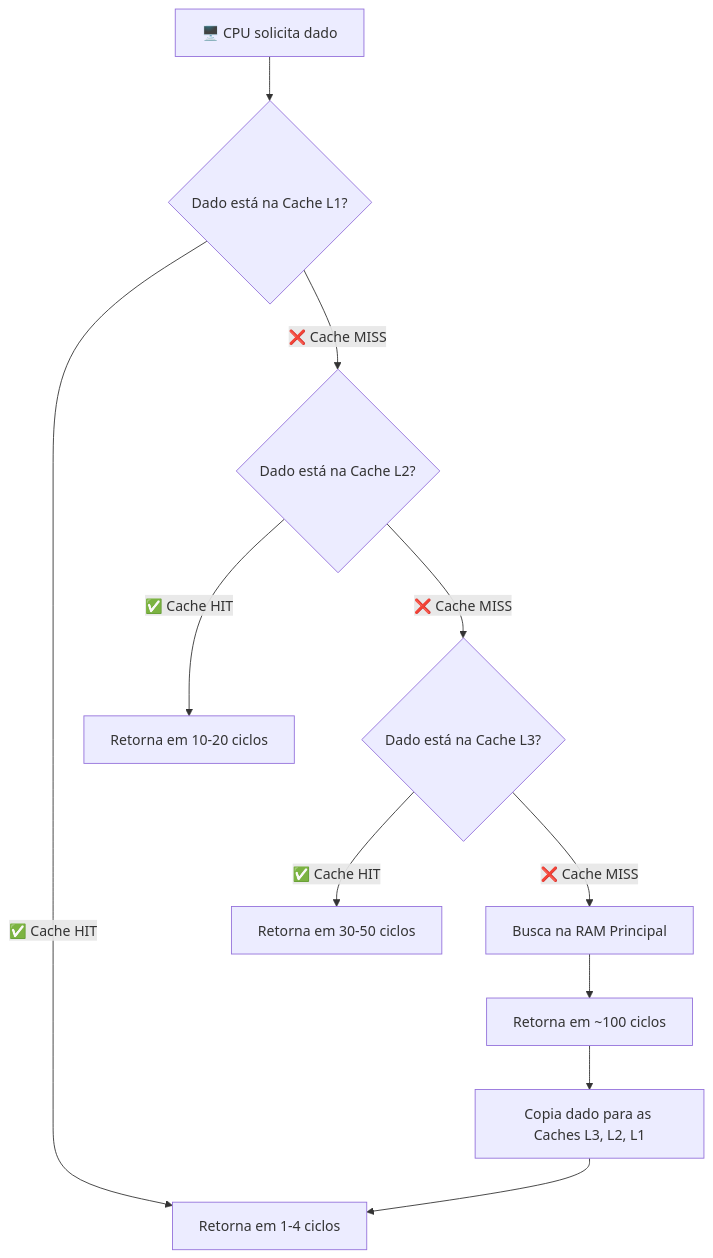
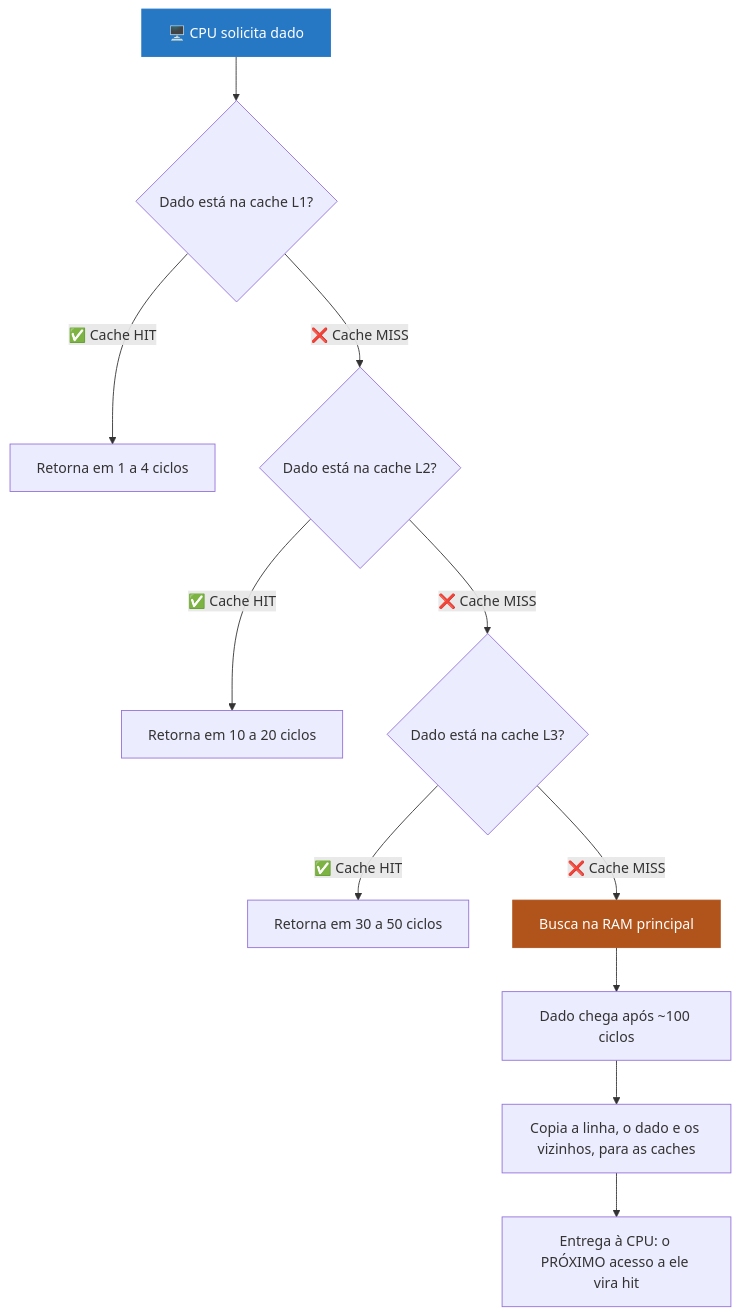
The first of 2 diagrams in content/Aula 06 - Hierarquia de Memoria e Memoria Virtual.md (rofilho/arquitetura), drawn with Mermaid before and after one commit. The commit also changed other lines of this file and 4 other files, not shown here.

````diff
--- a/content/Aula 06 - Hierarquia de Memoria e Memoria Virtual.md
+++ b/content/Aula 06 - Hierarquia de Memoria e Memoria Virtual.md
@@ -110,13 +334,15 @@
 ```mermaid
 flowchart TD
-    A[🖥️ CPU solicita dado] --> B{Dado está na Cache L1?}
-    B -- ✅ Cache HIT --> C[Retorna em 1-4 ciclos]
-    B -- ❌ Cache MISS --> D{Dado está na Cache L2?}
-    D -- ✅ Cache HIT --> E[Retorna em 10-20 ciclos]
-    D -- ❌ Cache MISS --> F{Dado está na Cache L3?}
-    F -- ✅ Cache HIT --> G[Retorna em 30-50 ciclos]
-    F -- ❌ Cache MISS --> H[Busca na RAM Principal]
-    H --> I[Retorna em ~100 ciclos]
-    I --> J[Copia dado para as Caches L3, L2, L1]
-    J --> C
+    A[🖥️ CPU solicita dado] --> B{Dado está na cache L1?}
+    B -- ✅ Cache HIT --> C[Retorna em 1 a 4 ciclos]
+    B -- ❌ Cache MISS --> D{Dado está na cache L2?}
+    D -- ✅ Cache HIT --> E[Retorna em 10 a 20 ciclos]
+    D -- ❌ Cache MISS --> F{Dado está na cache L3?}
+    F -- ✅ Cache HIT --> G[Retorna em 30 a 50 ciclos]
+    F -- ❌ Cache MISS --> H[Busca na RAM principal]
+    H --> I[Dado chega após ~100 ciclos]
+    I --> J[Copia a linha, o dado e os vizinhos, para as caches]
+    J --> K[Entrega à CPU: o PRÓXIMO acesso a ele vira hit]
+    style A fill:#2778c4,stroke:#2778c4,color:#fff
+    style H fill:#b1541b,stroke:#b1541b,color:#fff
 ```
````
